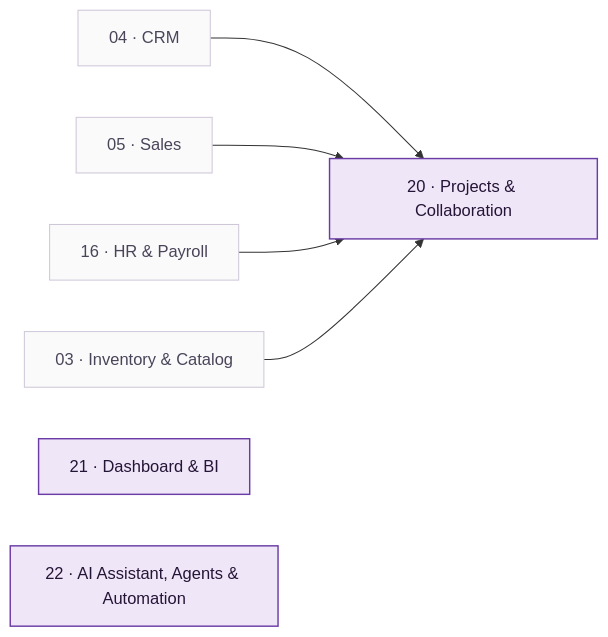
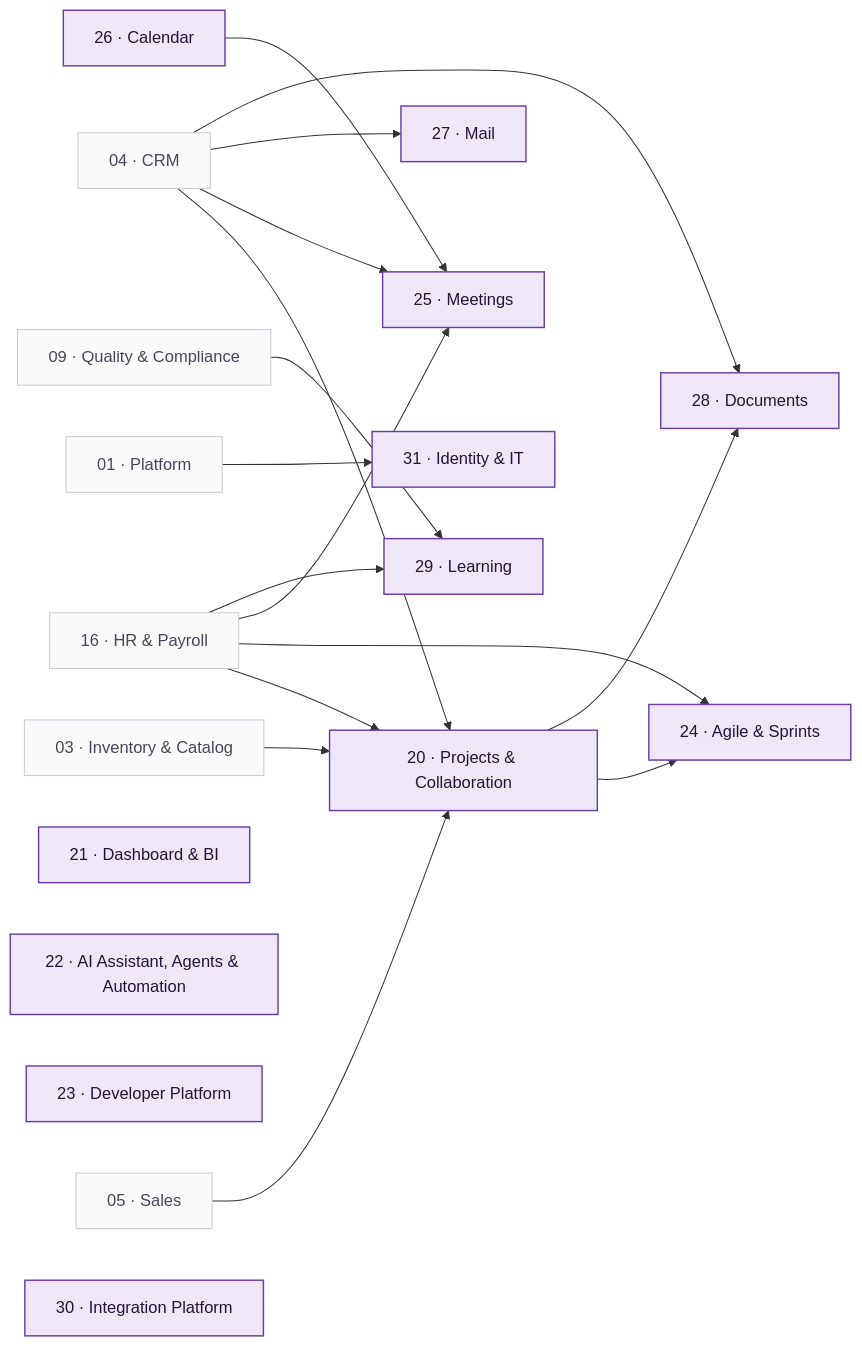
One commit to vastrangam/AI_Content_Engine changed diagram 12 of 16 in MEDHAVA_PLAN_OF_ACTION.md. Above: the diagram before and after it, drawn with Mermaid. The commit also changed other lines of this file and 90 other files, not shown here.

````diff
--- a/MEDHAVA_PLAN_OF_ACTION.md
+++ b/MEDHAVA_PLAN_OF_ACTION.md
@@ -434,16 +434,38 @@
 ```mermaid
 flowchart LR
   classDef me fill:#EFE7F8,stroke:#6B3CA6,color:#241436,stroke-width:1.4px;
   classDef up fill:#FAFAFB,stroke:#CFC7D8,color:#4A4458;
   M04["04 · CRM"]:::up
   M05["05 · Sales"]:::up
   M16["16 · HR & Payroll"]:::up
   M03["03 · Inventory & Catalog"]:::up
+  M09["09 · Quality & Compliance"]:::up
+  M01["01 · Platform"]:::up
   M20["20 · Projects & Collaboration"]:::me
   M21["21 · Dashboard & BI"]:::me
   M22["22 · AI Assistant, Agents & Automation"]:::me
+  M23["23 · Developer Platform"]:::me
+  M24["24 · Agile & Sprints"]:::me
+  M25["25 · Meetings"]:::me
+  M26["26 · Calendar"]:::me
+  M27["27 · Mail"]:::me
+  M28["28 · Documents"]:::me
+  M29["29 · Learning"]:::me
+  M30["30 · Integration Platform"]:::me
+  M31["31 · Identity & IT"]:::me
   M04 --> M20
   M05 --> M20
   M16 --> M20
   M03 --> M20
+  M20 --> M24
+  M16 --> M24
+  M04 --> M25
+  M26 --> M25
+  M16 --> M25
+  M04 --> M27
+  M04 --> M28
+  M20 --> M28
+  M16 --> M29
+  M09 --> M29
+  M01 --> M31
 ```
````
